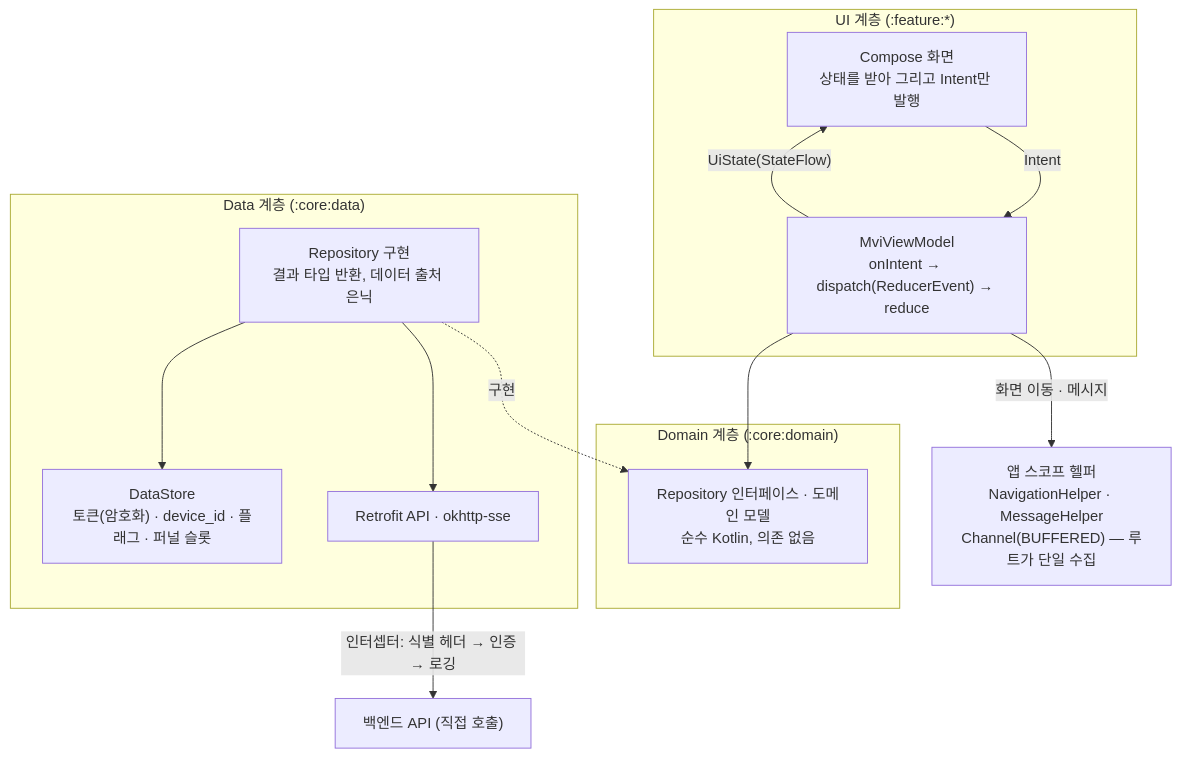
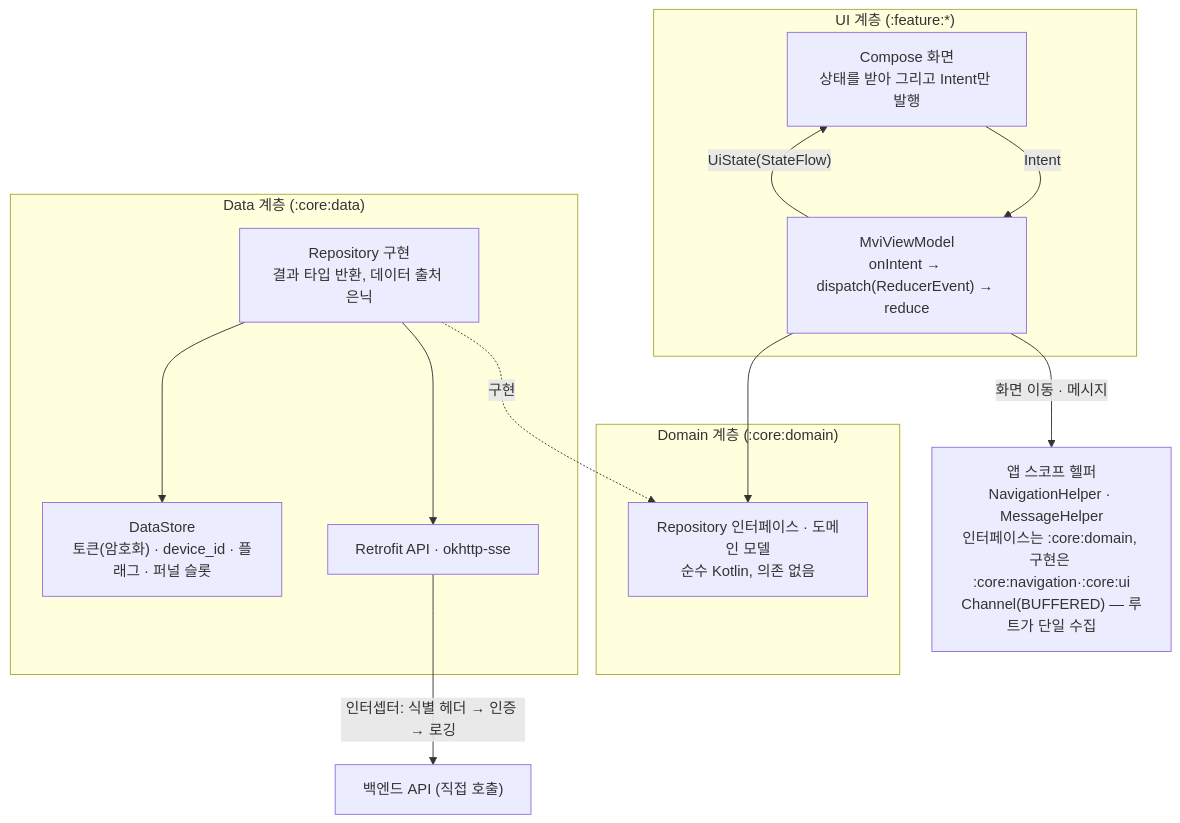
One commit to KIM-N-KANG/knk-harness changed the first of 2 diagrams in docs/product-specs/3-3-android-app.md. Above: the diagram before and after it, drawn with Mermaid. The commit also changed other lines of this file, not shown here.

````diff
--- a/docs/product-specs/3-3-android-app.md
+++ b/docs/product-specs/3-3-android-app.md
@@ -152,23 +152,23 @@
 ```mermaid
 graph TD
     subgraph UI["UI 계층 (:feature:*)"]
         C["Compose 화면<br/>상태를 받아 그리고 Intent만 발행"]
         VM["MviViewModel<br/>onIntent → dispatch(ReducerEvent) → reduce"]
     end
     subgraph DOMAIN["Domain 계층 (:core:domain)"]
         RI["Repository 인터페이스 · 도메인 모델<br/>순수 Kotlin, 의존 없음"]
     end
     subgraph DATA["Data 계층 (:core:data)"]
         R["Repository 구현<br/>결과 타입 반환, 데이터 출처 은닉"]
         API["Retrofit API · okhttp-sse"]
         DS["DataStore<br/>토큰(암호화) · device_id · 플래그 · 퍼널 슬롯"]
     end
     C -->|Intent| VM
     VM -->|"UiState(StateFlow)"| C
-    VM -->|"화면 이동 · 메시지"| HELP["앱 스코프 헬퍼<br/>NavigationHelper · MessageHelper<br/>Channel(BUFFERED) — 루트가 단일 수집"]
+    VM -->|"화면 이동 · 메시지"| HELP["앱 스코프 헬퍼<br/>NavigationHelper · MessageHelper<br/>인터페이스는 :core:domain, 구현은 :core:navigation·:core:ui<br/>Channel(BUFFERED) — 루트가 단일 수집"]
     VM --> RI
     R -.->|구현| RI
     R --> API
     R --> DS
     API -->|"인터셉터: 식별 헤더 → 인증 → 로깅"| BE["백엔드 API (직접 호출)"]
 ```
````
